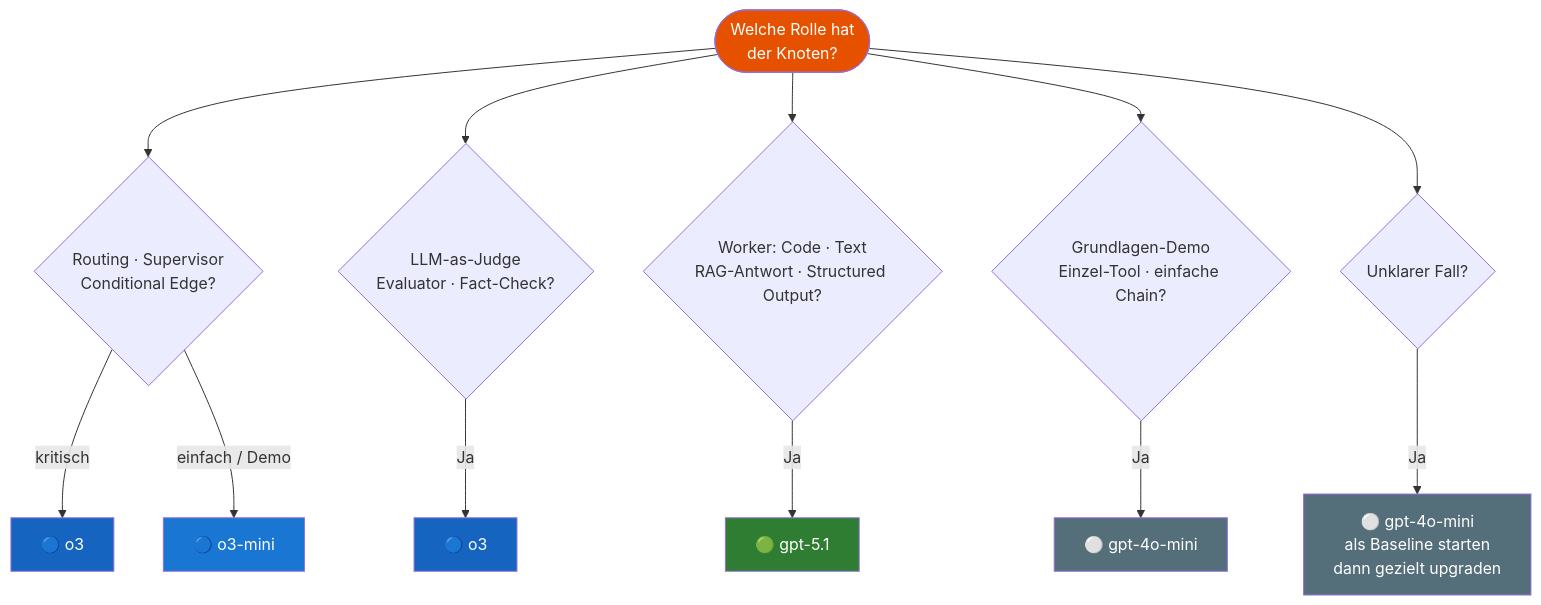
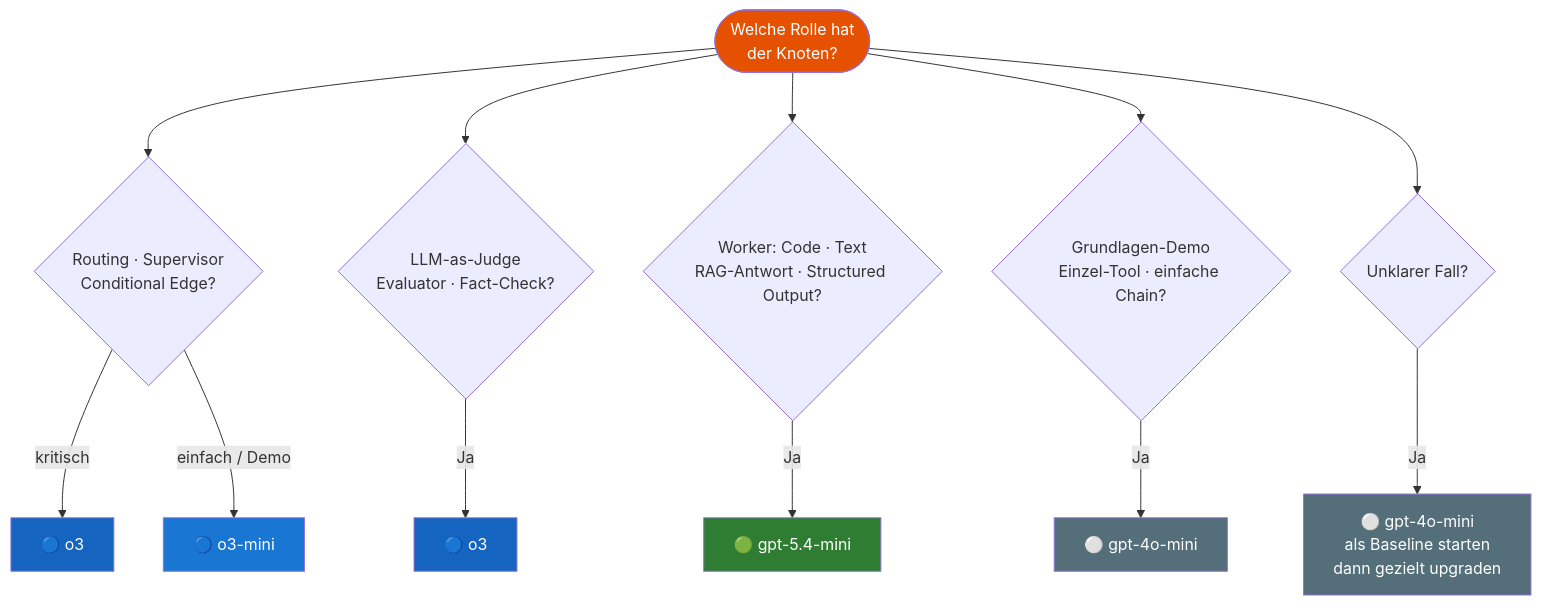
One commit to ralf-42/Agenten changed the diagram in docs/frameworks/Modell_Auswahl_Guide.md. Above: the diagram before and after it, drawn with Mermaid. The commit also changed other lines of this file and 38 other files, not shown here.

````diff
--- a/docs/frameworks/Modell_Auswahl_Guide.md
+++ b/docs/frameworks/Modell_Auswahl_Guide.md
@@ -164,25 +167,25 @@
 ```mermaid
 flowchart TD
     START(["Welche Rolle hat\nder Knoten?"])
 
     START --> R{"Routing · Supervisor\nConditional Edge?"}
     START --> J{"LLM-as-Judge\nEvaluator · Fact-Check?"}
     START --> W{"Worker: Code · Text\nRAG-Antwort · Structured Output?"}
     START --> G{"Grundlagen-Demo\nEinzel-Tool · einfache Chain?"}
     START --> U{"Unklarer Fall?"}
 
     R -->|kritisch| O3A["🔵 o3"]
     R -->|einfach / Demo| O3M["🔵 o3-mini"]
     J -->|Ja| O3B["🔵 o3"]
-    W -->|Ja| GP["🟢 gpt-5.1"]
+    W -->|Ja| GP["🟢 gpt-5.4-mini"]
     G -->|Ja| MINI["⚪ gpt-4o-mini"]
     U -->|Ja| BASE["⚪ gpt-4o-mini\nals Baseline starten\ndann gezielt upgraden"]
 
     style O3A  fill:#1565C0,color:#fff
     style O3M  fill:#1976D2,color:#fff
     style O3B  fill:#1565C0,color:#fff
     style GP   fill:#2E7D32,color:#fff
     style MINI fill:#546E7A,color:#fff
     style BASE fill:#546E7A,color:#fff
     style START fill:#E65100,color:#fff
 ```
````
